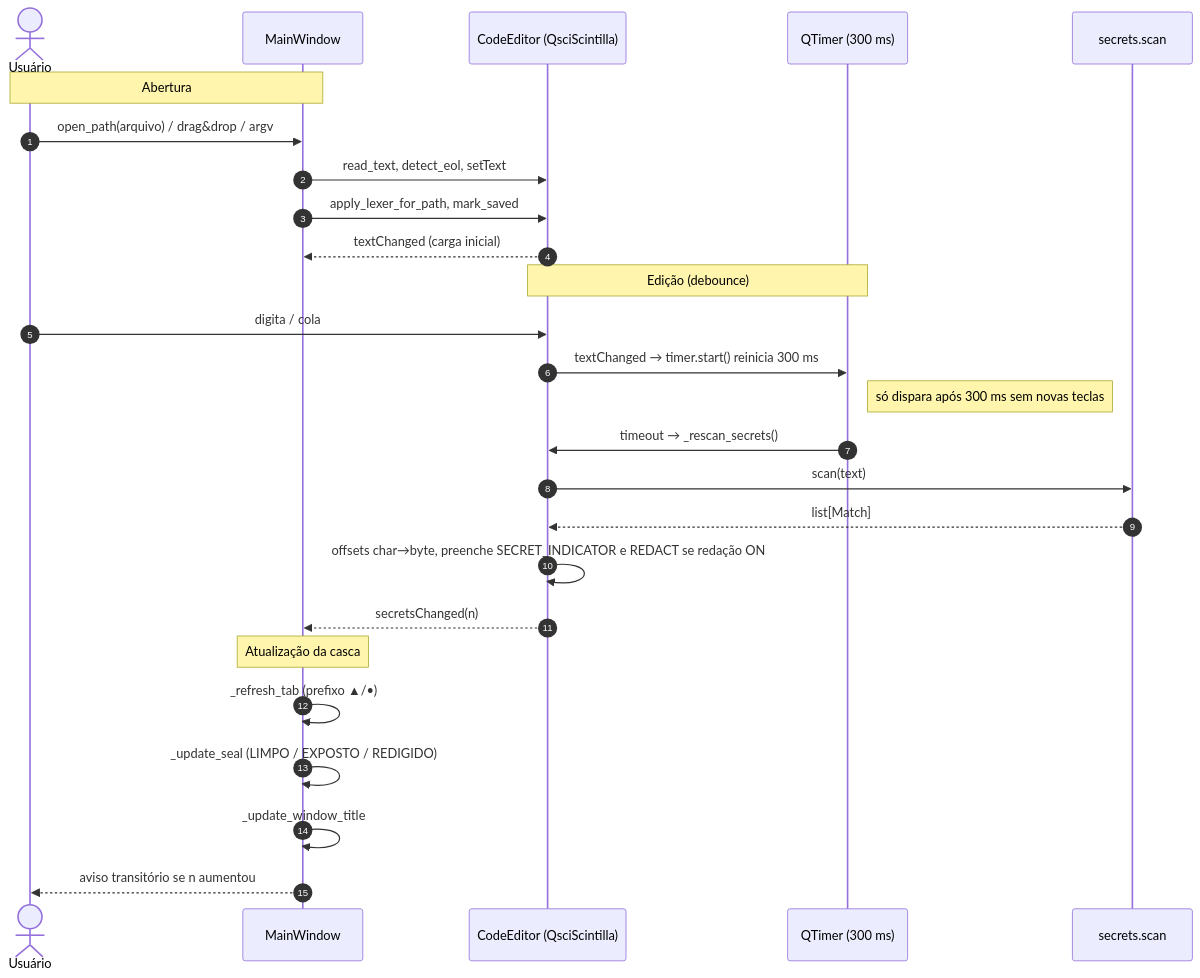
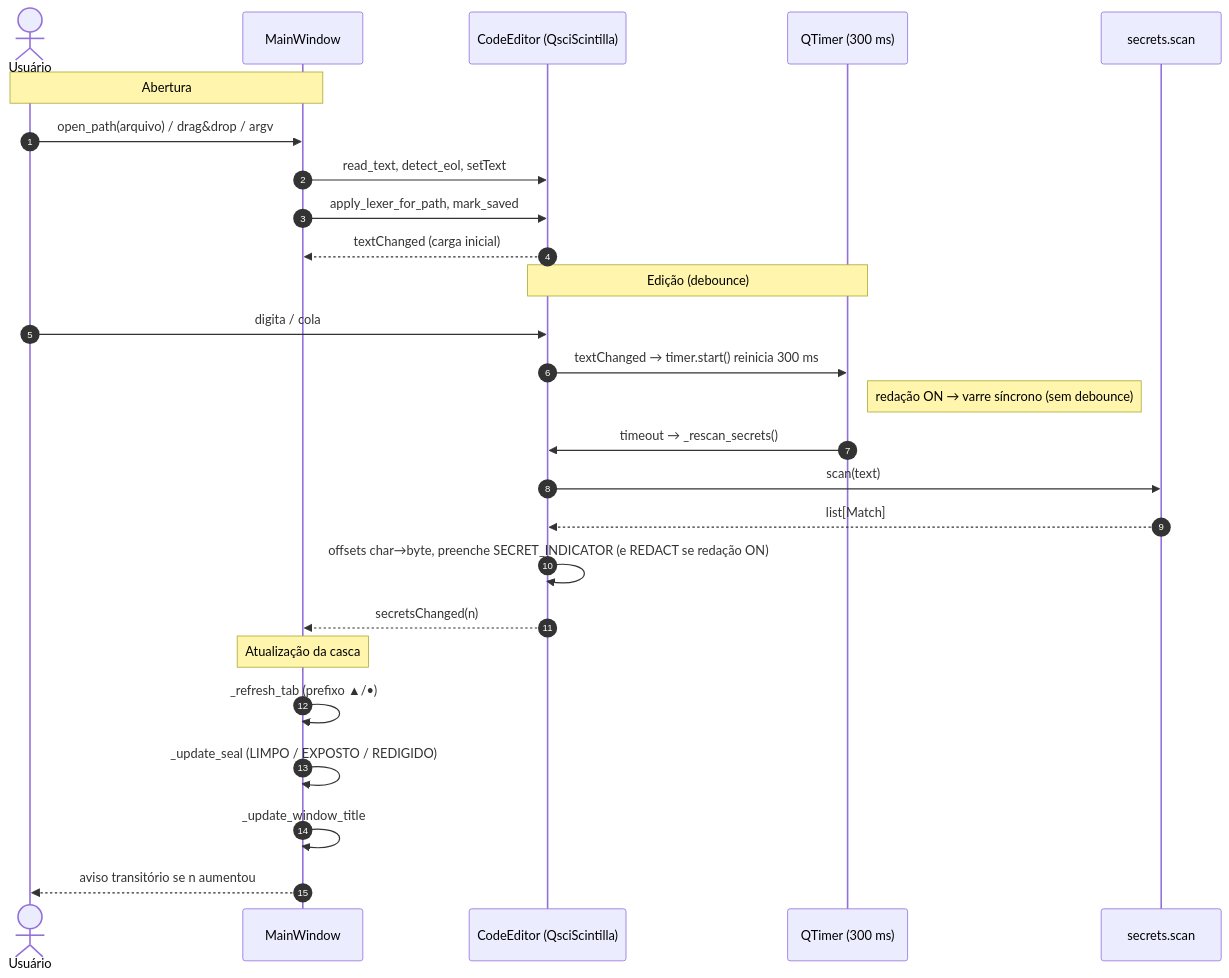
Before and after one commit to NatanPedro/Redoubt: the second of 2 diagrams in docs/ARCHITECTURE.md, drawn with Mermaid. The commit also changed other lines of this file and 3 other files, not shown here.

First line of the commit message:
docs: sincroniza SECURITY/ARCHITECTURE/DEVELOPMENT com o estado v1.0

````diff
--- a/docs/ARCHITECTURE.md
+++ b/docs/ARCHITECTURE.md
@@ -209,31 +342,31 @@
 ```mermaid
 sequenceDiagram
     autonumber
     actor U as Usuário
     participant MW as MainWindow
     participant ED as CodeEditor (QsciScintilla)
     participant T as QTimer (300 ms)
     participant S as secrets.scan
 
     Note over U,MW: Abertura
     U->>MW: open_path(arquivo) / drag&drop / argv
     MW->>ED: read_text, detect_eol, setText
     MW->>ED: apply_lexer_for_path, mark_saved
     ED-->>MW: textChanged (carga inicial)
 
     Note over ED,T: Edição (debounce)
     U->>ED: digita / cola
     ED->>T: textChanged → timer.start() reinicia 300 ms
-    Note right of T: só dispara após 300 ms sem novas teclas
+    Note right of T: redação ON → varre síncrono (sem debounce)
     T->>ED: timeout → _rescan_secrets()
     ED->>S: scan(text)
     S-->>ED: list[Match]
-    ED->>ED: offsets char→byte, preenche SECRET_INDICATOR e REDACT se redação ON
+    ED->>ED: offsets char→byte, preenche SECRET_INDICATOR (e REDACT se redação ON)
     ED-->>MW: secretsChanged(n)
 
     Note over MW: Atualização da casca
     MW->>MW: _refresh_tab (prefixo ▲/•)
     MW->>MW: _update_seal (LIMPO / EXPOSTO / REDIGIDO)
     MW->>MW: _update_window_title
     MW-->>U: aviso transitório se n aumentou
 ```
````
